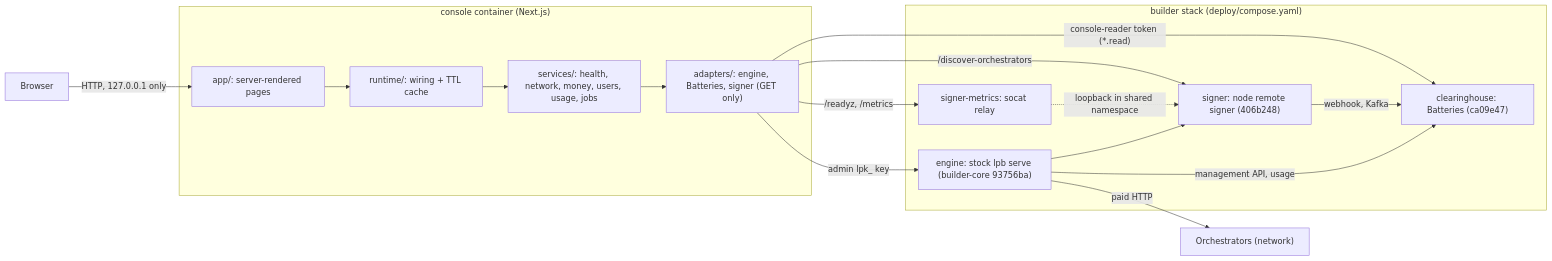
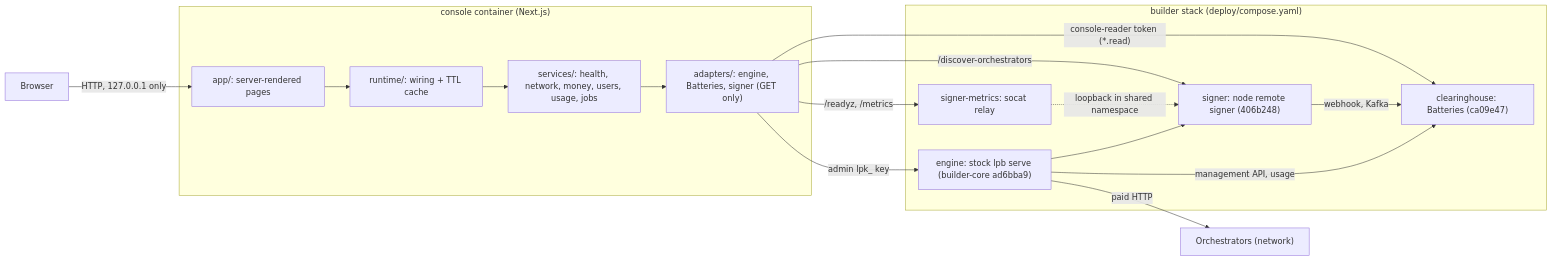
The first of 2 diagrams in ARCHITECTURE.md (NE-Build-Track/builder-core-console), drawn with Mermaid before and after one commit. The commit also changed 9 other files, not shown here.

First line of the commit message:
Pin builder-core to releases/m3 at ad6bba9, the merge of PR #28 and PR #31

````diff
--- a/ARCHITECTURE.md
+++ b/ARCHITECTURE.md
@@ -9,25 +9,25 @@
 ```mermaid
 flowchart LR
     Browser["Browser"]
     subgraph Console["console container (Next.js)"]
         Pages["app/: server-rendered pages"]
         RT["runtime/: wiring + TTL cache"]
         SVC["services/: health, network, money, users, usage, jobs"]
         AD["adapters/: engine, Batteries, signer (GET only)"]
     end
     subgraph Stack["builder stack (deploy/compose.yaml)"]
-        Engine["engine: stock lpb serve (builder-core 93756ba)"]
+        Engine["engine: stock lpb serve (builder-core ad6bba9)"]
         Bat["clearinghouse: Batteries (ca09e47)"]
         Signer["signer: node remote signer (406b248)"]
         Relay["signer-metrics: socat relay"]
     end
     Orch["Orchestrators (network)"]
     Browser -->|"HTTP, 127.0.0.1 only"| Pages --> RT --> SVC --> AD
     AD -->|"admin lpk_ key"| Engine
     AD -->|"console-reader token (*.read)"| Bat
     AD -->|"/discover-orchestrators"| Signer
     AD -->|"/readyz, /metrics"| Relay -.->|"loopback in shared namespace"| Signer
     Engine --> Signer -->|"webhook, Kafka"| Bat
     Engine -->|"paid HTTP"| Orch
     Engine -->|"management API, usage"| Bat
 ```
````
